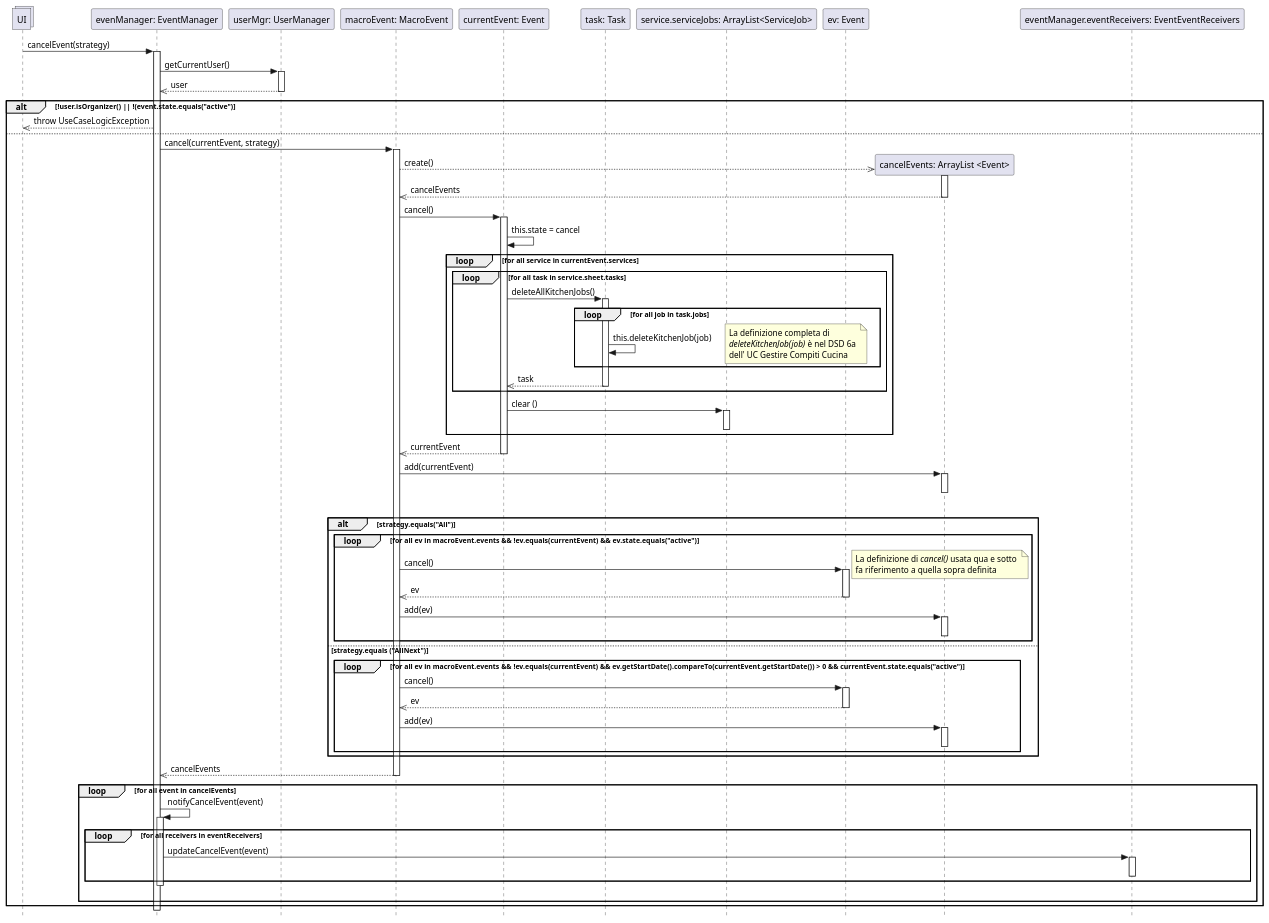
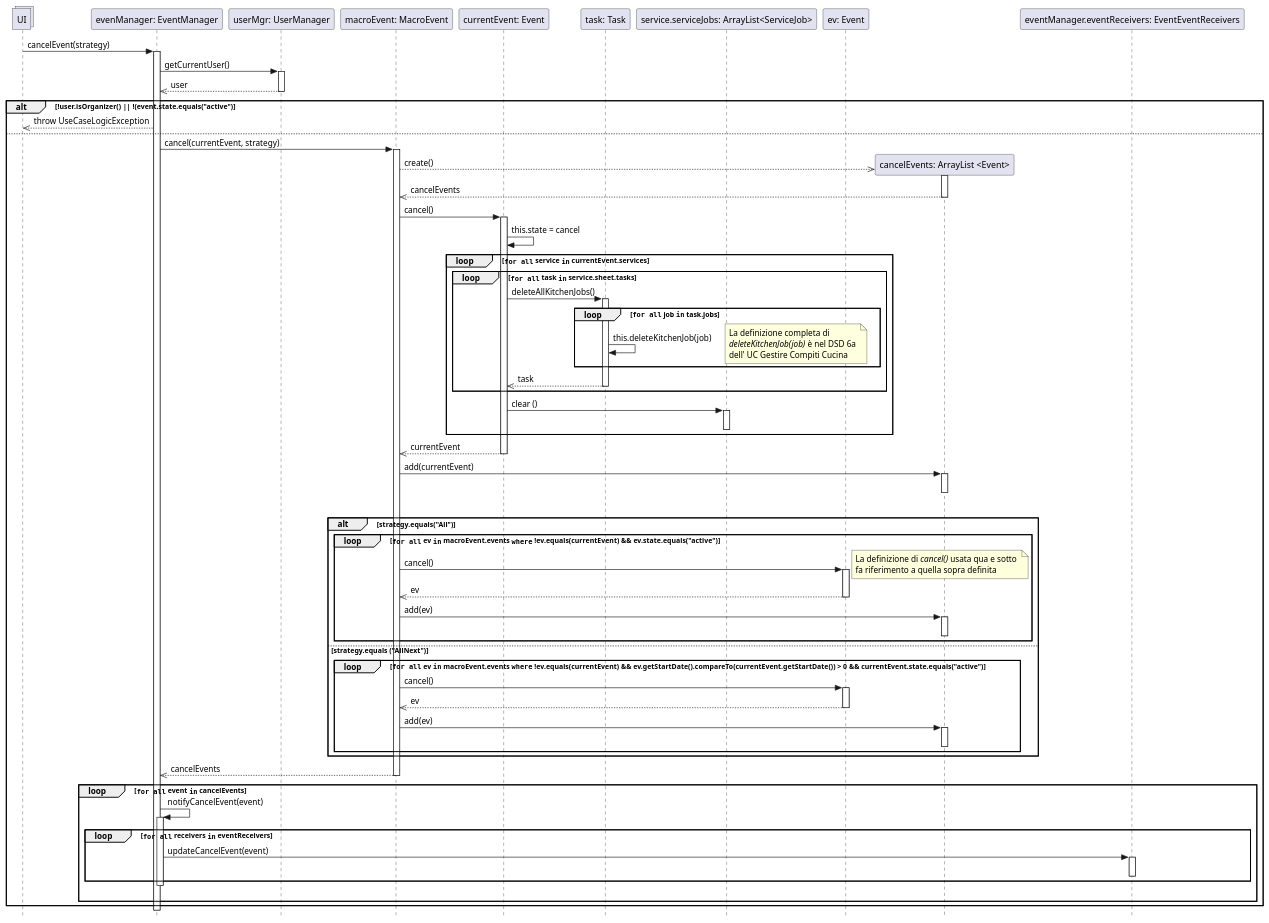
The diagram in UP/Progettazione/UC Gestire Eventi/DSD/DSD Operazione 1a.2.puml (stefa168/sas-project), drawn with PlantUML before and after one commit. The commit also changed 11 other files, not shown here.

```diff
--- a/UP/Progettazione/UC Gestire Eventi/DSD/DSD Operazione 1a.2.puml
+++ b/UP/Progettazione/UC Gestire Eventi/DSD/DSD Operazione 1a.2.puml
@@ -1,98 +1,98 @@
 @startuml
 skinparam Style strictuml
 
 collections UI
 participant "evenManager: EventManager" as em
 participant "userMgr: UserManager" as um
 participant "macroEvent: MacroEvent" as maev
 participant "currentEvent: Event" as event
 participant "task: Task" as task
 participant "service.serviceJobs: ArrayList<ServiceJob>" as sj
 participant "ev: Event" as ev
 participant "cancelEvents: ArrayList <Event>" as evcanc
 participant "eventManager.eventReceivers: EventEventReceivers" as eer
 
 UI -> em: cancelEvent(strategy)
 activate em
     em -> um: getCurrentUser()
     activate um
         em <<-- um: user
     deactivate um
 
     alt !user.isOrganizer() || !(event.state.equals("active")
         UI <<-- em: throw UseCaseLogicException
     else
 
         em -> maev: cancel(currentEvent, strategy)
         activate maev
             maev -->> evcanc**: create()
             activate evcanc
             maev <<-- evcanc: cancelEvents
             deactivate evcanc
 
             maev -> event: cancel()
             activate event
             event -> event: this.state = cancel
 
-            loop for all service in currentEvent.services
-                loop for all task in service.sheet.tasks
+            loop ""for all"" service ""in"" currentEvent.services
+                loop ""for all"" task ""in"" service.sheet.tasks
                     event -> task: deleteAllKitchenJobs()
                     activate task
-                    loop for all job in task.jobs
+                    loop ""for all"" job ""in"" task.jobs
                         task -> task: this.deleteKitchenJob(job)
                         note right: La definizione completa di\n//deleteKitchenJob(job)// è nel DSD 6a \ndell' UC Gestire Compiti Cucina
                     end
                     event <<-- task: task
                     deactivate task
 
                 end
 
                 event -> sj: clear ()
                 activate sj
                 deactivate sj
             end
             maev <<-- event: currentEvent
             deactivate event
             maev -> evcanc: add(currentEvent)
             activate evcanc
             deactivate evcanc
             |||
             alt strategy.equals("All")
-                loop for all ev in macroEvent.events && !ev.equals(currentEvent) && ev.state.equals("active")
+                loop ""for all"" ev ""in"" macroEvent.events ""where"" !ev.equals(currentEvent) && ev.state.equals("active")
                     maev -> ev: cancel()
                     note right: La definizione di //cancel()// usata qua e sotto \nfa riferimento a quella sopra definita
                     activate ev
                     maev <<-- ev: ev
                     deactivate ev
                     maev -> evcanc: add(ev)
                     activate evcanc
                     deactivate evcanc
                 end
             else strategy.equals ("AllNext")
-                loop for all ev in macroEvent.events && !ev.equals(currentEvent) && ev.getStartDate().compareTo(currentEvent.getStartDate()) > 0 && currentEvent.state.equals("active")
+                loop ""for all"" ev ""in"" macroEvent.events ""where"" !ev.equals(currentEvent) && ev.getStartDate().compareTo(currentEvent.getStartDate()) > 0 && currentEvent.state.equals("active")
                     maev -> ev: cancel()
                     activate ev
                     maev <<-- ev: ev
                     deactivate ev
                     maev -> evcanc: add(ev)
                     activate evcanc
                     deactivate evcanc
                 end
             end
         em <<-- maev: cancelEvents
         deactivate maev
-        loop for all event in cancelEvents
+        loop ""for all"" event ""in"" cancelEvents
             em -> em: notifyCancelEvent(event)
             activate em
-            loop for all receivers in eventReceivers
+            loop ""for all"" receivers ""in"" eventReceivers
                 em -> eer: updateCancelEvent(event)
                 activate eer
                 deactivate eer
             end
             deactivate em
         |||
         end
 
     end
 deactivate em
 @enduml
```
